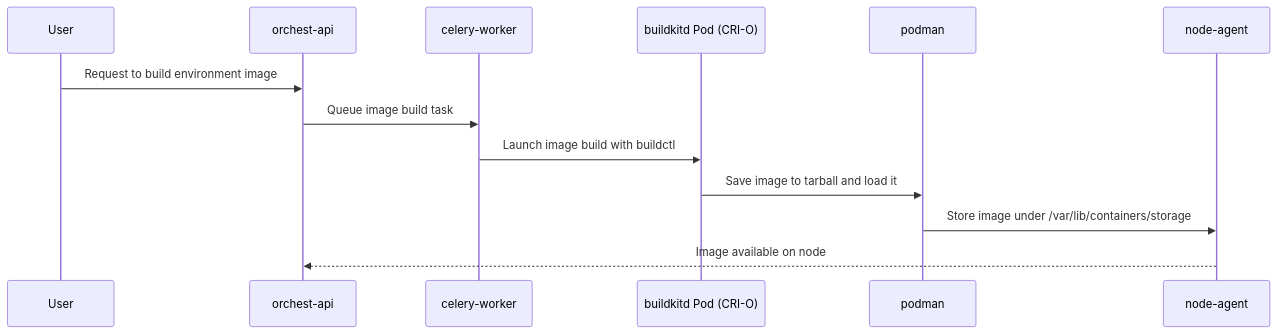
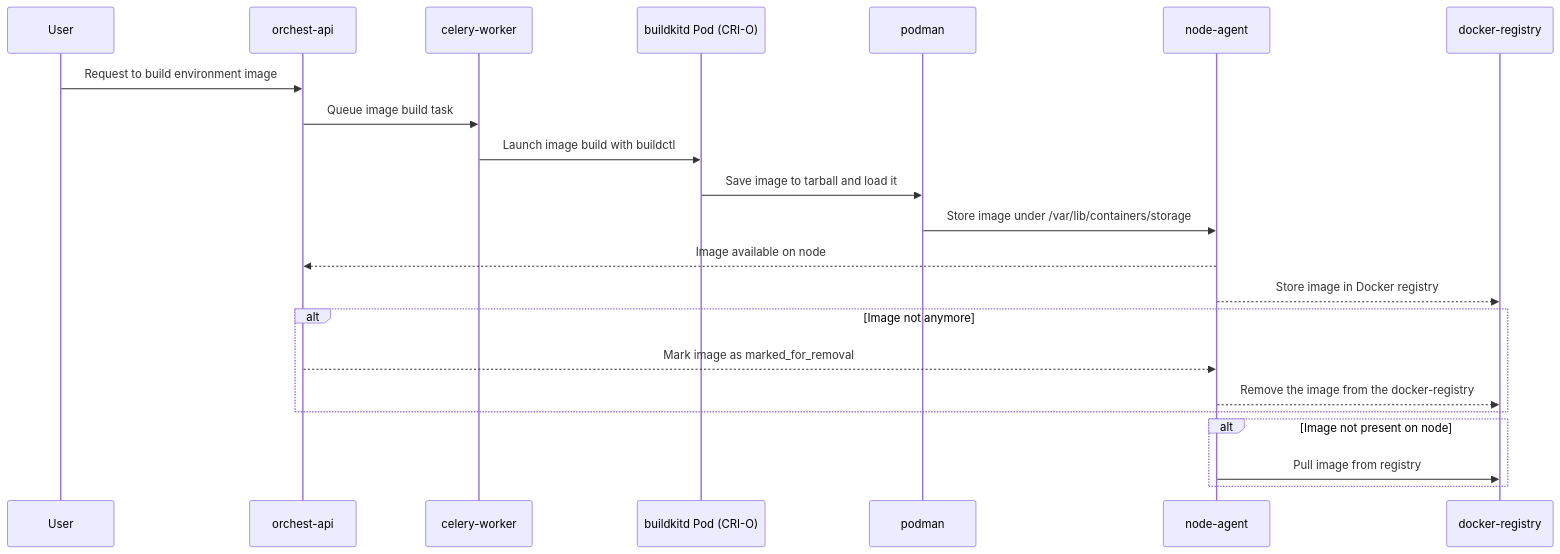
One commit to dadosfera/dadosfera-ai-oss changed the diagram in adrs/crio/README.md. Above: the diagram before and after it, drawn with Mermaid. The commit also changed 2 other files, not shown here.

Commit message:
DOCS: documented how to develop with cri-o runtime
Related tickets or issues: [SOP-484]

````diff
--- a/adrs/crio/README.md
+++ b/adrs/crio/README.md
@@ -65,16 +65,27 @@
 ```mermaid
 sequenceDiagram
     participant User
     participant orchest-api
     participant celery-worker
     participant buildkitd Pod (CRI-O)
     participant podman
     participant node-agent
+    participant docker-registry
 
     User->>orchest-api: Request to build environment image
     orchest-api->>celery-worker: Queue image build task
     celery-worker->>buildkitd Pod (CRI-O): Launch image build with buildctl
     buildkitd Pod (CRI-O)->>podman: Save image to tarball and load it
     podman->>node-agent: Store image under /var/lib/containers/storage
     node-agent-->>orchest-api: Image available on node
+    node-agent-->>docker-registry: Store image in Docker registry
+    
+    alt Image not anymore
+        orchest-api-->>node-agent: Mark image as marked_for_removal
+        node-agent-->>docker-registry: Remove the image from the docker-registry
+    end
+    
+    alt Image not present on node
+        node-agent->>docker-registry: Pull image from registry
+    end
 ```
````
